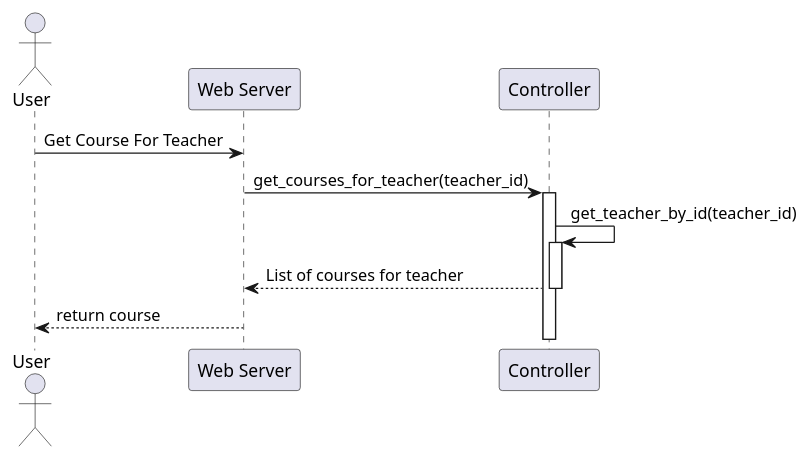
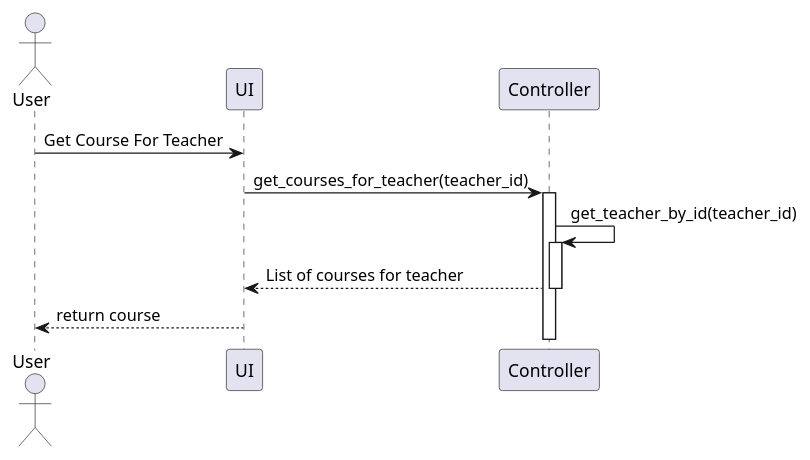
Before and after one commit to KMITLSuicide/KMITL-ObjectOrientedProgramming-Project: the diagram in diagrams/plantuml/get_course_for_teacher.puml, drawn with PlantUML. The commit also changed 9 other files, not shown here.

```diff
--- a/diagrams/plantuml/get_course_for_teacher.puml
+++ b/diagrams/plantuml/get_course_for_teacher.puml
@@ -1,17 +1,18 @@
-@startuml
+@startuml Get Course For Teacher
+
 actor User
 
-participant "Web Server" as Server
+participant "UI" as Server
 participant Controller
 
 User -> Server: Get Course For Teacher
 Server -> Controller: get_courses_for_teacher(teacher_id)
 activate Controller
 Controller -> Controller: get_teacher_by_id(teacher_id)
 activate Controller
 Controller --> Server: List of courses for teacher
 deactivate Controller
 
 Server --> User: return course
 
 @enduml
```
